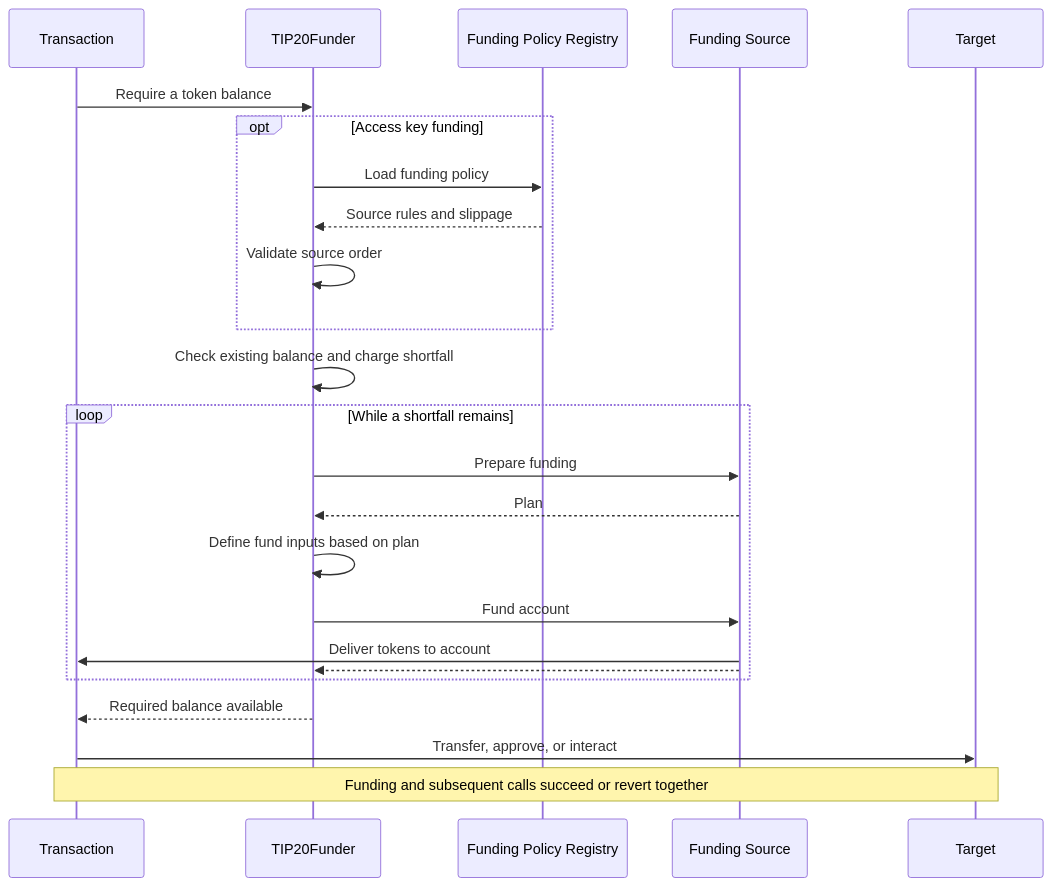
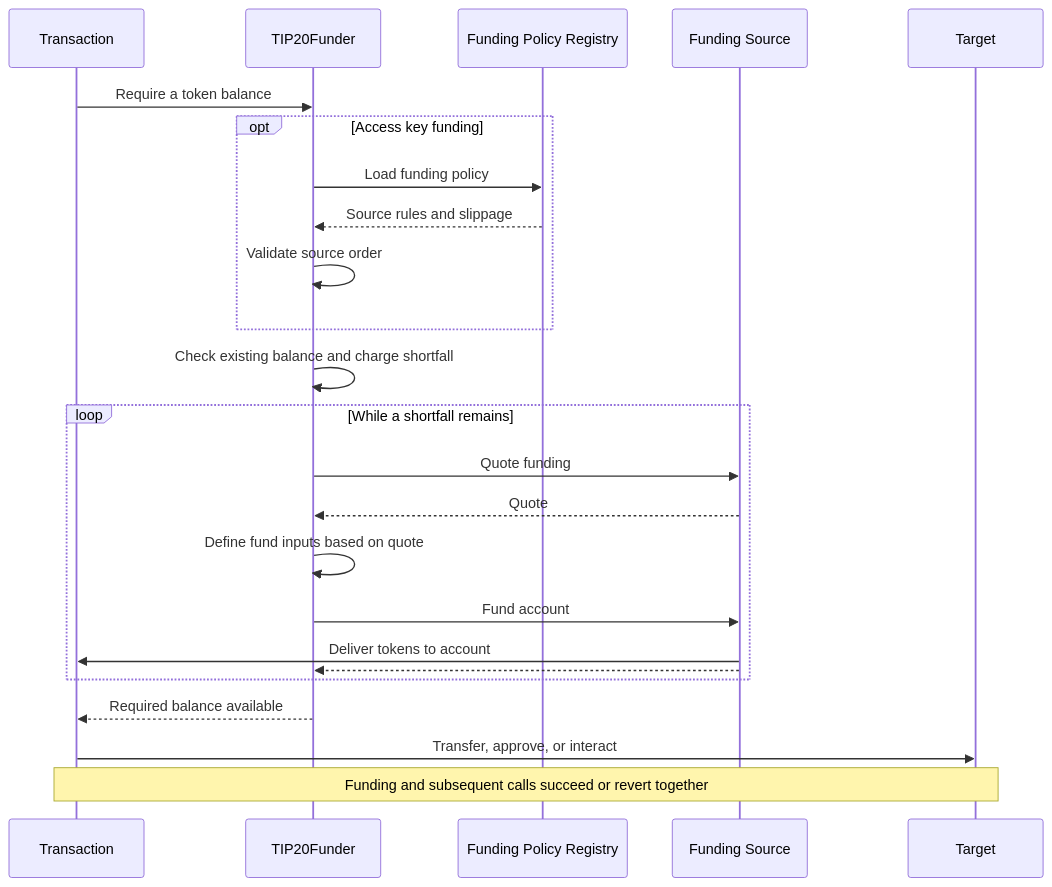
The diagram in tips/tip-1120.md (tempoxyz/tempo), drawn with Mermaid before and after one commit. The commit also changed other lines of this file, not shown here.

Commit message:
docs: unify funding quotes and define aggregate quoting

````diff
--- a/tips/tip-1120.md
+++ b/tips/tip-1120.md
@@ -45,27 +45,27 @@
 ```mermaid
 sequenceDiagram
     participant C as Transaction
     participant P as TIP20Funder
     participant R as Funding Policy Registry
     participant F as Funding Source
     participant A as Target
 
     C->>P: Require a token balance
     opt Access key funding
         P->>R: Load funding policy
         R-->>P: Source rules and slippage
         P->>P: Validate source order
     end
     P->>P: Check existing balance and charge shortfall
     loop While a shortfall remains
-        P->>F: Prepare funding
-        F-->>P: Plan
-        P->>P: Define fund inputs based on plan
+        P->>F: Quote funding
+        F-->>P: Quote
+        P->>P: Define fund inputs based on quote
         P->>F: Fund account
         F->>C: Deliver tokens to account
         F-->>P:
     end
     P-->>C: Required balance available
     C->>A: Transfer, approve, or interact
     Note over C,A: Funding and subsequent calls succeed or revert together
 ```
````
